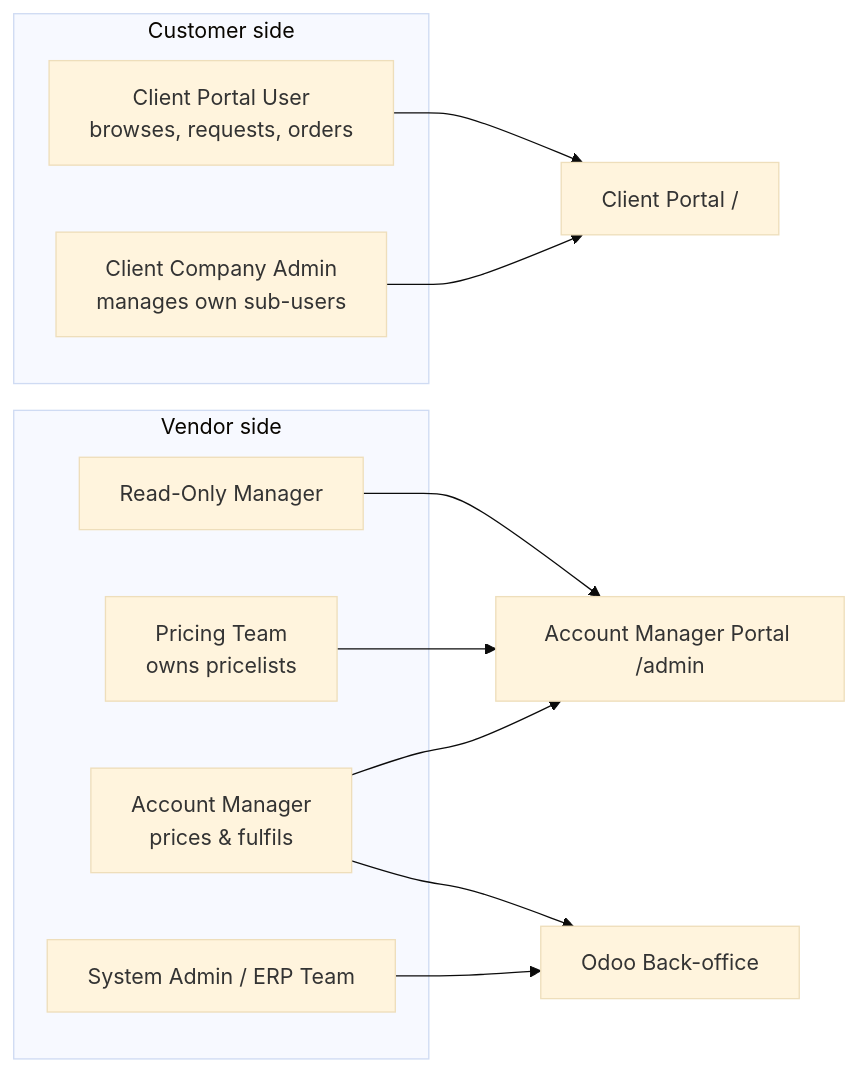
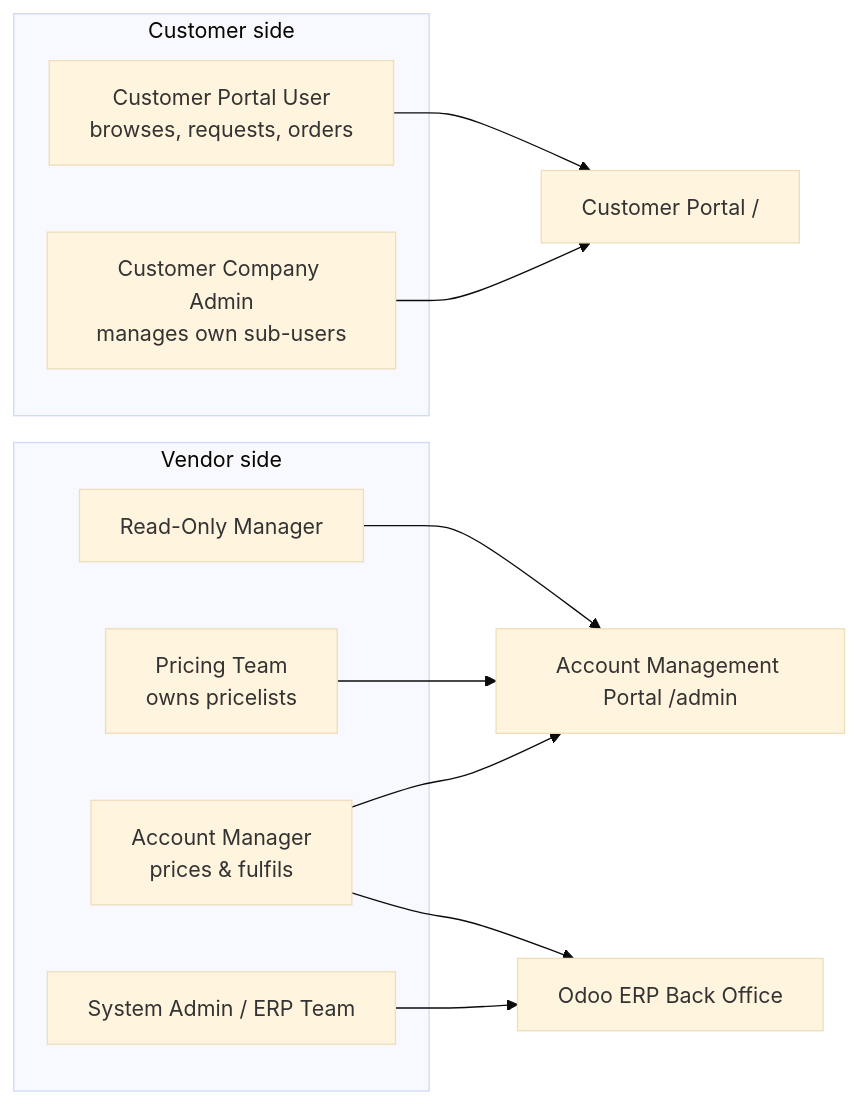
One commit to LaplaceSoftware/lp_projects_docs changed the first of 3 diagrams in docs/b2b_ecommerce_docs/_technical_docs/001-Project-Overview.md. Above: the diagram before and after it, drawn with Mermaid (base theme). The commit also changed other lines of this file and 48 other files, not shown here.

````diff
--- a/docs/b2b_ecommerce_docs/_technical_docs/001-Project-Overview.md
+++ b/docs/b2b_ecommerce_docs/_technical_docs/001-Project-Overview.md
@@ -18,21 +18,21 @@
 ```mermaid
 flowchart LR
     subgraph External["Customer side"]
-        CA["Client Company Admin<br/>manages own sub-users"]
-        CU["Client Portal User<br/>browses, requests, orders"]
+        CA["Customer Company Admin<br/>manages own sub-users"]
+        CU["Customer Portal User<br/>browses, requests, orders"]
     end
     subgraph Internal["Vendor side"]
         AM["Account Manager<br/>prices & fulfils"]
         PT["Pricing Team<br/>owns pricelists"]
         RO["Read-Only Manager"]
         SA["System Admin / ERP Team"]
     end
 
-    CA --> CP["Client Portal /"]
+    CA --> CP["Customer Portal /"]
     CU --> CP
-    AM --> AMP["Account Manager Portal /admin"]
+    AM --> AMP["Account Management Portal /admin"]
     PT --> AMP
     RO --> AMP
-    SA --> BO["Odoo Back-office"]
+    SA --> BO["Odoo ERP Back Office"]
     AM --> BO
 ```
````
